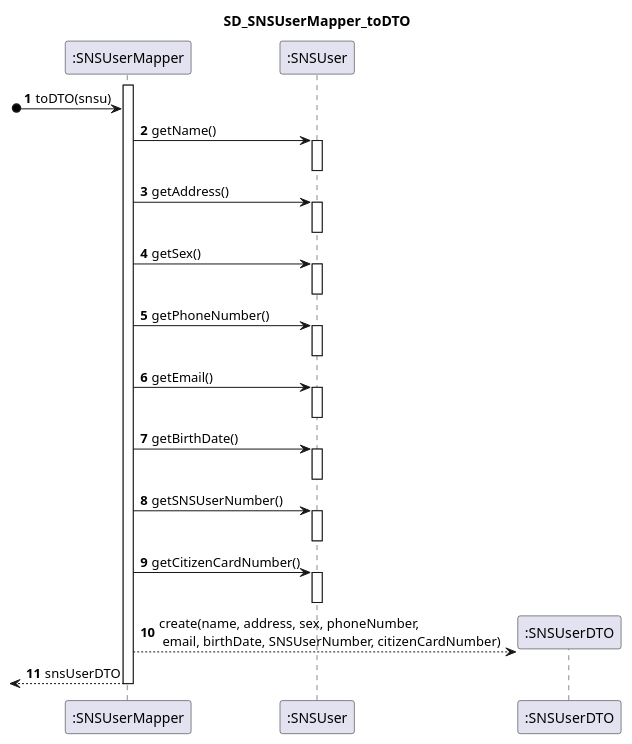
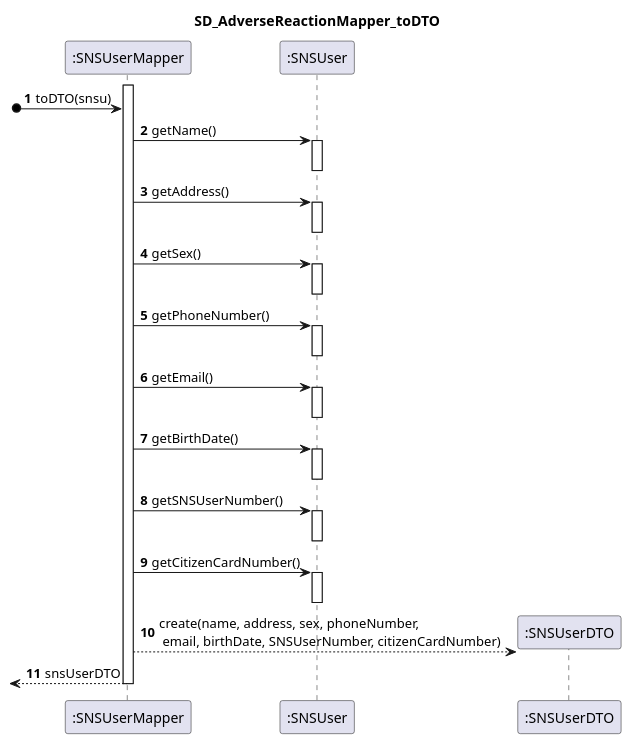
One commit to PedroMesquita1211171/VaccinationManager changed the diagram in docs/SprintD/US/US3/SD_SNSUserMapper_toDTO.puml. Above: the diagram before and after it, drawn with PlantUML. The commit also changed 5 other files, not shown here.

```diff
--- a/docs/SprintD/US/US3/SD_SNSUserMapper_toDTO.puml
+++ b/docs/SprintD/US/US3/SD_SNSUserMapper_toDTO.puml
@@ -1,41 +1,41 @@
 @startuml
 autonumber
-title SD_SNSUserMapper_toDTO
+title SD_AdverseReactionMapper_toDTO
 
 participant ":SNSUserMapper" as mapper
 participant ":SNSUser" as user
 participant ":SNSUserDTO" as dto
 
 
 
 activate mapper
  [o-> mapper : toDTO(snsu)
 mapper -> user : getName()
 activate user
 deactivate user
 mapper -> user : getAddress()
 activate user
 deactivate user
 mapper -> user : getSex()
 activate user
 deactivate user
 mapper -> user : getPhoneNumber()
 activate user
 deactivate user
 mapper -> user : getEmail()
 activate user
 deactivate user
 mapper -> user : getBirthDate()
 activate user
 deactivate user
 mapper -> user : getSNSUserNumber()
 activate user
 deactivate user
 mapper -> user : getCitizenCardNumber()
 activate user
 deactivate user
 mapper --> dto** : create(name, address, sex, phoneNumber, \n email, birthDate, SNSUserNumber, citizenCardNumber)
 <-- mapper: snsUserDTO
 deactivate mapper
 
 @enduml
```
